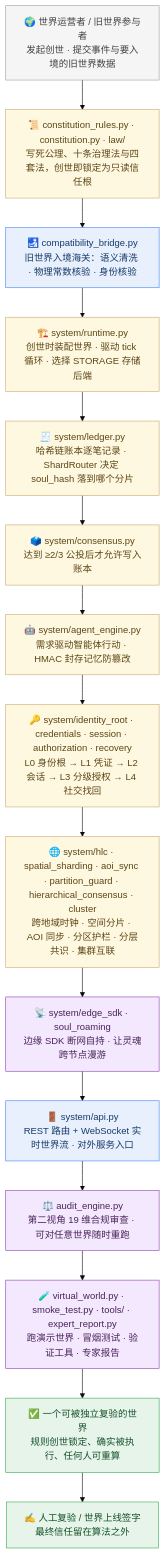
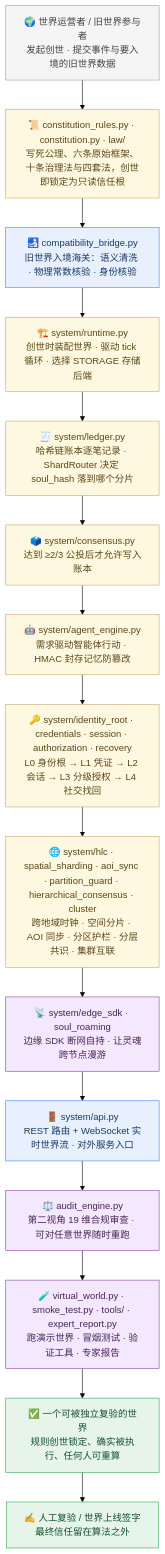
One commit to nohn3043-arch/Second-Reality changed the diagram in README-zh.md. Above: the diagram before and after it, drawn with Mermaid (base theme). The commit also changed other lines of this file and 11 other files, not shown here.

````diff
--- a/README-zh.md
+++ b/README-zh.md
@@ -98,58 +99,58 @@
 ```mermaid
 flowchart TB
     UP["🌍 世界运营者 / 旧世界参与者<br/>发起创世 · 提交事件与要入境的旧世界数据"]
 
-    RULES["📜 constitution_rules.py · constitution.py · law/<br/>写死公理、十条治理法与四套法，创世即锁定为只读信任根"]
+    RULES["📜 constitution_rules.py · constitution.py · law/<br/>写死公理、六条原始框架、十条治理法与四套法，创世即锁定为只读信任根"]
 
     BRIDGE["🛃 compatibility_bridge.py<br/>旧世界入境海关：语义清洗 · 物理常数核验 · 身份核验"]
 
     RT["🏗️ system/runtime.py<br/>创世时装配世界 · 驱动 tick 循环 · 选择 STORAGE 存储后端"]
 
     LEDGER["🧾 system/ledger.py<br/>哈希链账本逐笔记录 · ShardRouter 决定 soul_hash 落到哪个分片"]
 
     CONSENSUS["🗳️ system/consensus.py<br/>达到 ≥2/3 公投后才允许写入账本"]
 
     AGENT["🤖 system/agent_engine.py<br/>需求驱动智能体行动 · HMAC 封存记忆防篡改"]
 
     IDENTITY["🔑 system/identity_root · credentials · session · authorization · recovery<br/>L0 身份根 → L1 凭证 → L2 会话 → L3 分级授权 → L4 社交找回"]
 
     GEO["🌐 system/hlc · spatial_sharding · aoi_sync · partition_guard · hierarchical_consensus · cluster<br/>跨地域时钟 · 空间分片 · AOI 同步 · 分区护栏 · 分层共识 · 集群互联"]
 
     EDGE["📡 system/edge_sdk · soul_roaming<br/>边缘 SDK 断网自持 · 让灵魂跨节点漫游"]
 
     API["🚪 system/api.py<br/>REST 路由 + WebSocket 实时世界流 · 对外服务入口"]
 
     AUDIT["⚖️ audit_engine.py<br/>第二视角 19 维合规审查 · 可对任意世界随时重跑"]
 
     DEMO["🧪 virtual_world.py · smoke_test.py · tools/ · expert_report.py<br/>跑演示世界 · 冒烟测试 · 验证工具 · 专家报告"]
 
     OUT["✅ 一个可被独立复验的世界<br/>规则创世锁定、确实被执行、任何人可重算"]
 
     HUMAN["✍️ 人工复验 / 世界上线签字<br/>最终信任留在算法之外"]
 
     UP --> RULES
     RULES --> BRIDGE
     BRIDGE --> RT
     RT --> LEDGER
     LEDGER --> CONSENSUS
     CONSENSUS --> AGENT
     AGENT --> IDENTITY
     IDENTITY --> GEO
     GEO --> EDGE
     EDGE --> API
     API --> AUDIT
     AUDIT --> DEMO
     DEMO --> OUT
     OUT --> HUMAN
 
     classDef cUp fill:#F5F5F5,stroke:#9E9E9E,stroke-width:1px,color:#424242
     classDef cIn fill:#E8F0FE,stroke:#4285F4,stroke-width:1px,color:#173A66
     classDef cCore fill:#FFF8E1,stroke:#C9A96E,stroke-width:1px,color:#5B4614
     classDef cSide fill:#F3E8FD,stroke:#8E44AD,stroke-width:1px,color:#4A235A
     classDef cOut fill:#E6F4EA,stroke:#34A853,stroke-width:1px,color:#14512B
     class UP cUp
     class BRIDGE,API cIn
     class RULES,RT,LEDGER,CONSENSUS,AGENT,IDENTITY,GEO cCore
     class EDGE,AUDIT,DEMO cSide
     class OUT,HUMAN cOut
 ```
````
